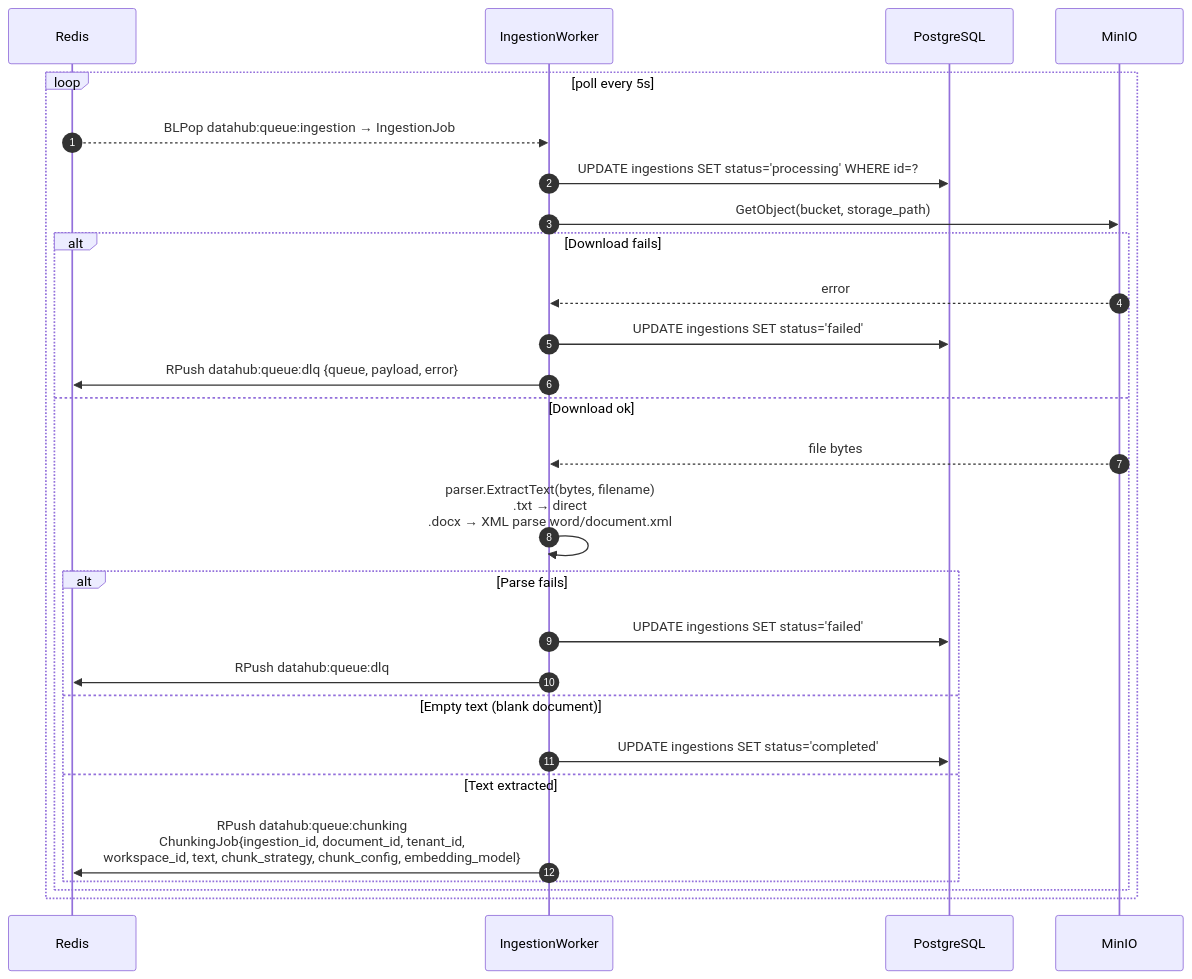
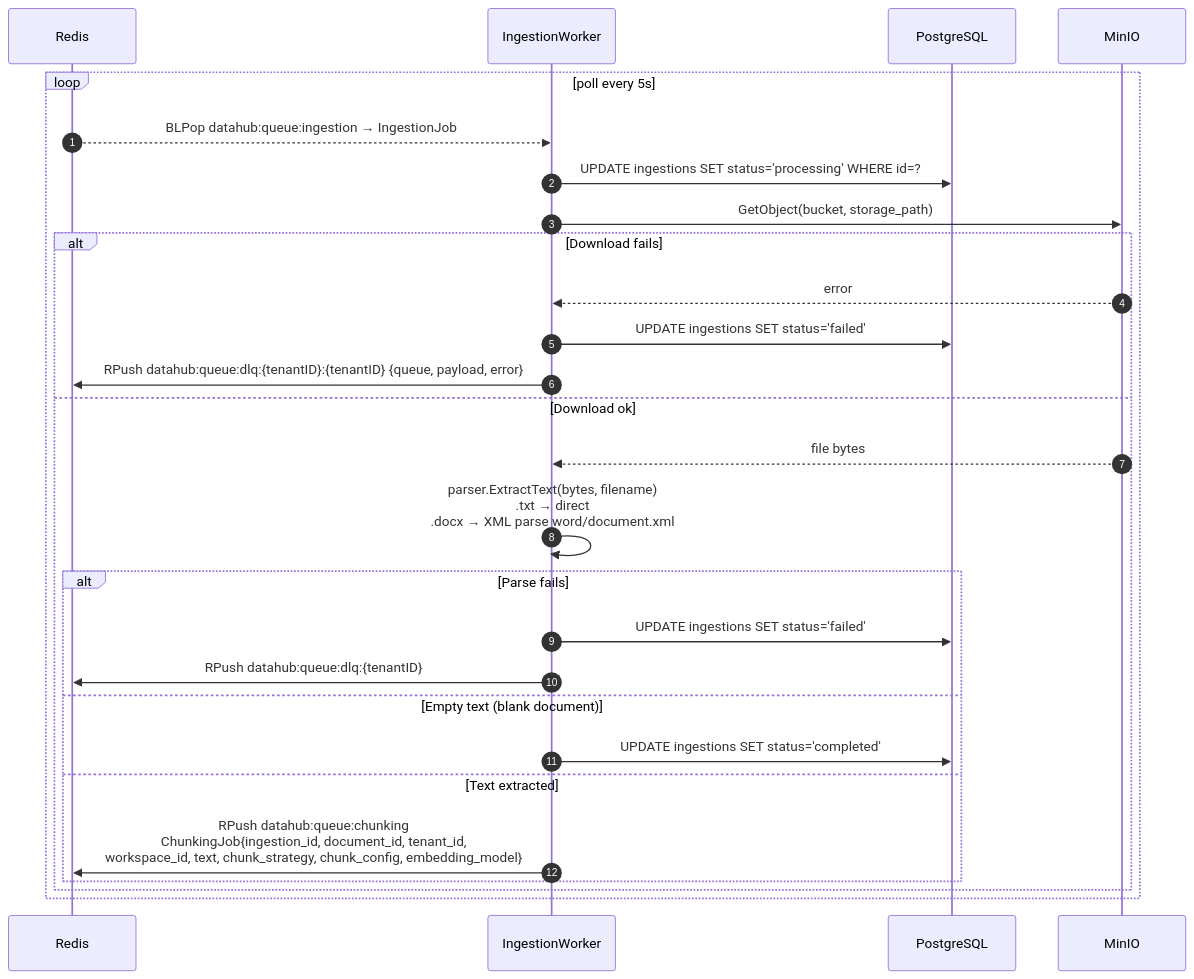
Before and after one commit to Andrew-Bu1/Agent-Platform: the fifth of 12 diagrams in docs/architecture/datahub/sequence.md, drawn with Mermaid. The commit also changed other lines of this file and 6 other files, not shown here.

````diff
--- a/docs/architecture/datahub/sequence.md
+++ b/docs/architecture/datahub/sequence.md
@@ -286,30 +310,30 @@
 ```mermaid
 sequenceDiagram
     autonumber
     participant Redis as Redis
     participant IW as IngestionWorker
     participant DB as PostgreSQL
     participant Minio as MinIO
 
     loop poll every 5s
         Redis-->>IW: BLPop datahub:queue:ingestion → IngestionJob
         IW->>DB: UPDATE ingestions SET status='processing' WHERE id=?
         IW->>Minio: GetObject(bucket, storage_path)
         alt Download fails
             Minio-->>IW: error
             IW->>DB: UPDATE ingestions SET status='failed'
-            IW->>Redis: RPush datahub:queue:dlq {queue, payload, error}
+            IW->>Redis: RPush datahub:queue:dlq:{tenantID}:{tenantID} {queue, payload, error}
         else Download ok
             Minio-->>IW: file bytes
             IW->>IW: parser.ExtractText(bytes, filename)<br/>.txt → direct<br/>.docx → XML parse word/document.xml
             alt Parse fails
                 IW->>DB: UPDATE ingestions SET status='failed'
-                IW->>Redis: RPush datahub:queue:dlq
+                IW->>Redis: RPush datahub:queue:dlq:{tenantID}
             else Empty text (blank document)
                 IW->>DB: UPDATE ingestions SET status='completed'
             else Text extracted
                 IW->>Redis: RPush datahub:queue:chunking<br/>ChunkingJob{ingestion_id, document_id, tenant_id,<br/>workspace_id, text, chunk_strategy, chunk_config, embedding_model}
             end
         end
     end
 ```
````
